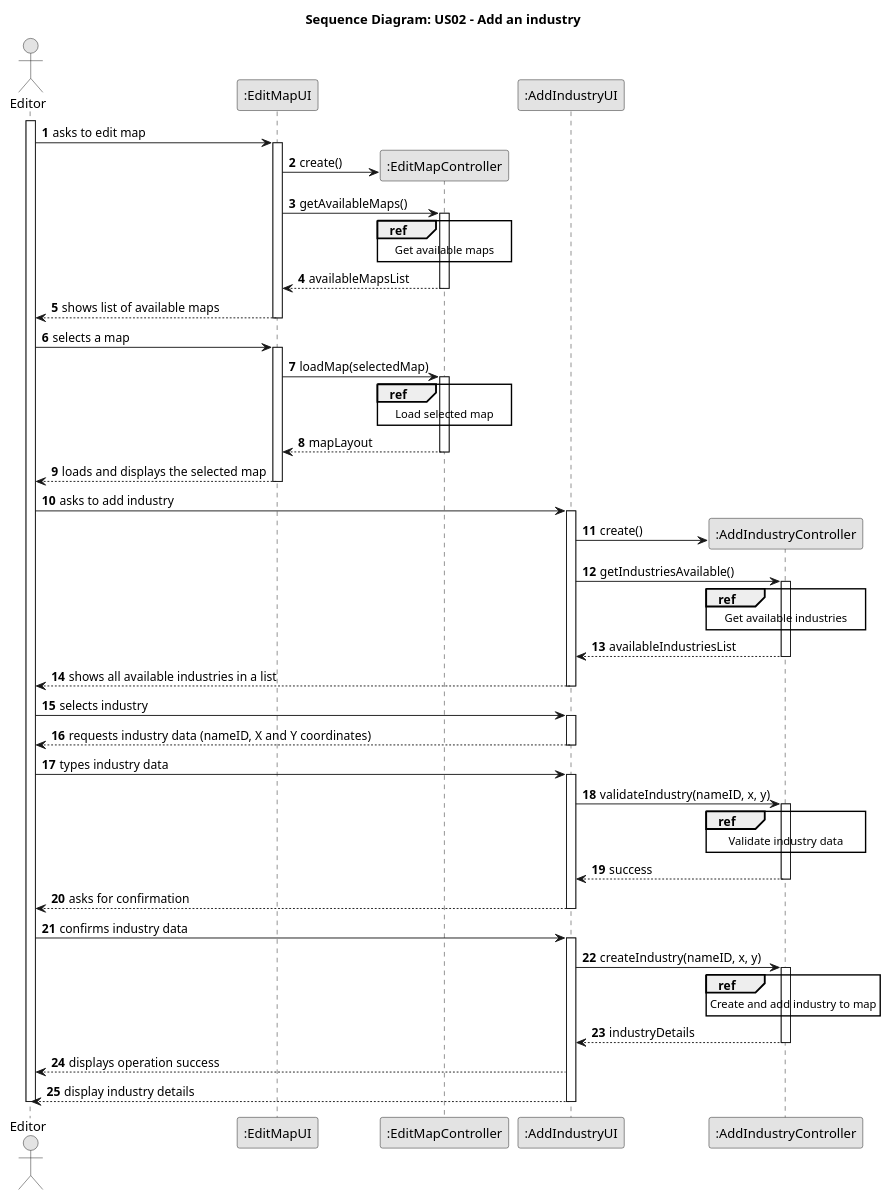
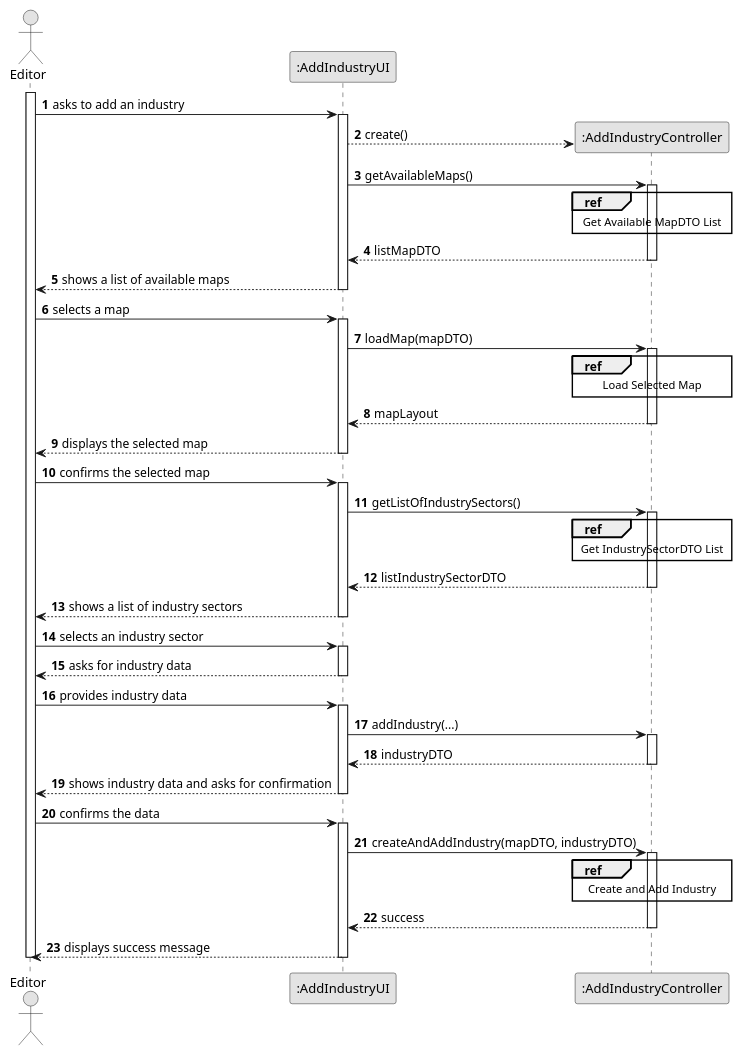
The diagram in docs/system-documentation/Sprint 3/US02/03.design/puml/US02-SD-split.puml (HenriqueSilva18/Railway-Network-Simulator), drawn with PlantUML before and after one commit. The commit also changed 2 other files, not shown here.

```diff
--- a/docs/system-documentation/Sprint 3/US02/03.design/puml/US02-SD-split.puml
+++ b/docs/system-documentation/Sprint 3/US02/03.design/puml/US02-SD-split.puml
@@ -1,109 +1,92 @@
 @startuml
 skinparam monochrome true
 skinparam packageStyle rectangle
 skinparam shadowing false
 
 autonumber
 
-title Sequence Diagram: US02 - Add an industry
-
-actor "Editor" as editor
-participant ":EditMapUI" as mapUI
-participant ":EditMapController" as mapCTRL
+actor "Editor" as EDITOR
 participant ":AddIndustryUI" as UI
 participant ":AddIndustryController" as CTRL
 
-activate editor
+activate EDITOR
 
-    editor -> mapUI : asks to edit map
+    EDITOR -> UI : asks to add an industry
+    activate UI
+        UI --> CTRL** : create()
+        UI -> CTRL : getAvailableMaps()
 
-        activate mapUI
-            mapUI -> mapCTRL**: create()
-            mapUI -> mapCTRL: getAvailableMaps()
+        ref over CTRL
+            Get Available MapDTO List
+        end ref
 
-            activate mapCTRL
-                ref over mapCTRL
-                Get available maps
-                end
-                mapCTRL --> mapUI: availableMapsList
-            deactivate mapCTRL
+        activate CTRL
+            CTRL --> UI : listMapDTO
+        deactivate CTRL
 
-            mapUI --> editor: shows list of available maps
-        deactivate mapUI
+        UI --> EDITOR : shows a list of available maps
+    deactivate UI
 
-    editor -> mapUI: selects a map
-        activate mapUI
+    EDITOR -> UI : selects a map
+    activate UI
+        UI -> CTRL : loadMap(mapDTO)
 
-            mapUI -> mapCTRL: loadMap(selectedMap)
-            activate mapCTRL
+        ref over CTRL
+            Load Selected Map
+        end ref
 
-                ref over mapCTRL
-                Load selected map
-                end
+        activate CTRL
+            CTRL --> UI : mapLayout
+        deactivate CTRL
 
-                mapCTRL --> mapUI: mapLayout
+        UI --> EDITOR : displays the selected map
+    deactivate UI
 
-            deactivate mapCTRL
+    EDITOR -> UI : confirms the selected map
+    activate UI
+        UI -> CTRL : getListOfIndustrySectors()
 
-            mapUI --> editor: loads and displays the selected map
+        ref over CTRL
+            Get IndustrySectorDTO List
+        end ref
 
+        activate CTRL
+            CTRL --> UI : listIndustrySectorDTO
+        deactivate CTRL
 
-        deactivate mapUI
+        UI --> EDITOR : shows a list of industry sectors
+    deactivate UI
 
-    editor -> UI : asks to add industry
-        activate UI
+    EDITOR -> UI : selects an industry sector
+    activate UI
+        UI --> EDITOR : asks for industry data
+    deactivate UI
 
+    EDITOR -> UI : provides industry data
+    activate UI
+        UI -> CTRL : addIndustry(...)
 
-            UI -> CTRL**: create()
-            UI -> CTRL: getIndustriesAvailable()
-            activate CTRL
-            ref over CTRL
-            Get available industries
-            end
-                CTRL --> UI: availableIndustriesList
-            deactivate CTRL
+        activate CTRL
+            CTRL --> UI : industryDTO
+        deactivate CTRL
 
-        UI --> editor: shows all available industries in a list
-        deactivate UI
+        UI --> EDITOR : shows industry data and asks for confirmation
+    deactivate UI
 
-    editor -> UI: selects industry
-        activate UI
-        UI --> editor: requests industry data (nameID, X and Y coordinates)
-        deactivate UI
+    EDITOR -> UI : confirms the data
+    activate UI
+        UI -> CTRL : createAndAddIndustry(mapDTO, industryDTO)
 
-    editor -> UI: types industry data
-        activate UI
-        UI -> CTRL: validateIndustry(nameID, x, y)
-            activate CTRL
+        ref over CTRL
+            Create and Add Industry
+        end ref
 
-            ref over CTRL
-            Validate industry data
-            end
+        activate CTRL
+            CTRL --> UI : success
+        deactivate CTRL
 
-                CTRL --> UI: success
-            deactivate CTRL
+        UI --> EDITOR : displays success message
+    deactivate UI
 
-        UI --> editor: asks for confirmation
-        deactivate UI
-
-    editor -> UI: confirms industry data
-        activate UI
-            UI -> CTRL: createIndustry(nameID, x, y)
-
-            ref over CTRL
-            Create and add industry to map
-            end
-
-            activate CTRL
-
-               CTRL --> UI: industryDetails
-               deactivate CTRL
-
-            UI --> editor: displays operation success
-            UI --> editor: display industry details
-
-        deactivate UI
-
-deactivate editor
-
+deactivate EDITOR
 @enduml
```
